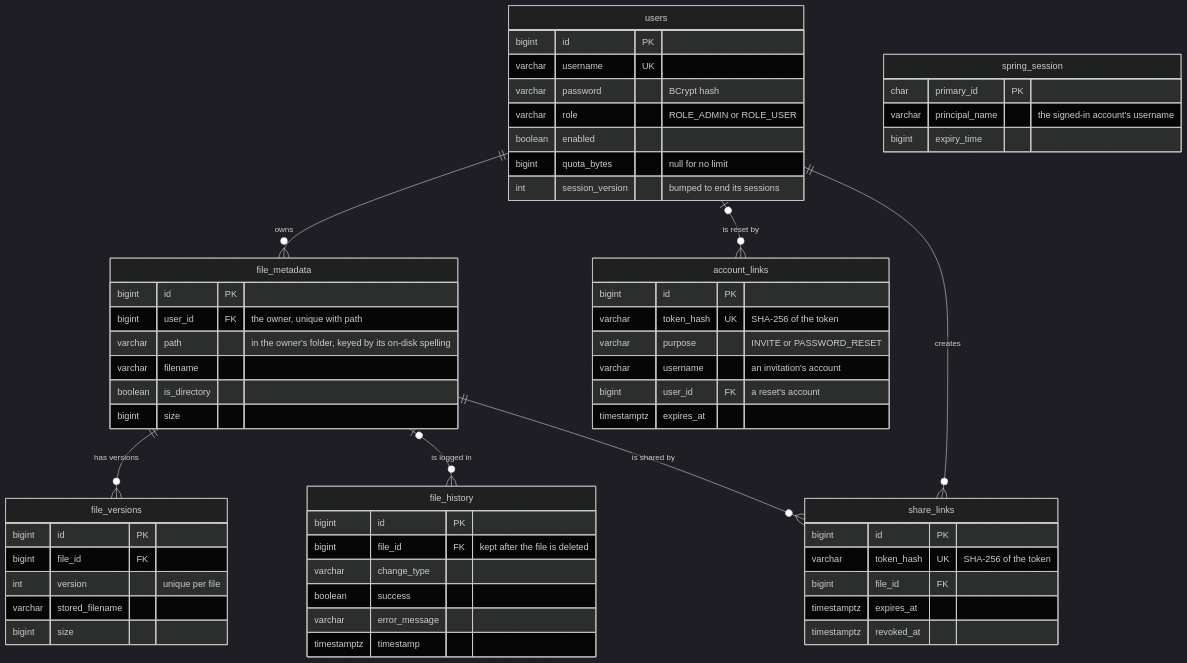
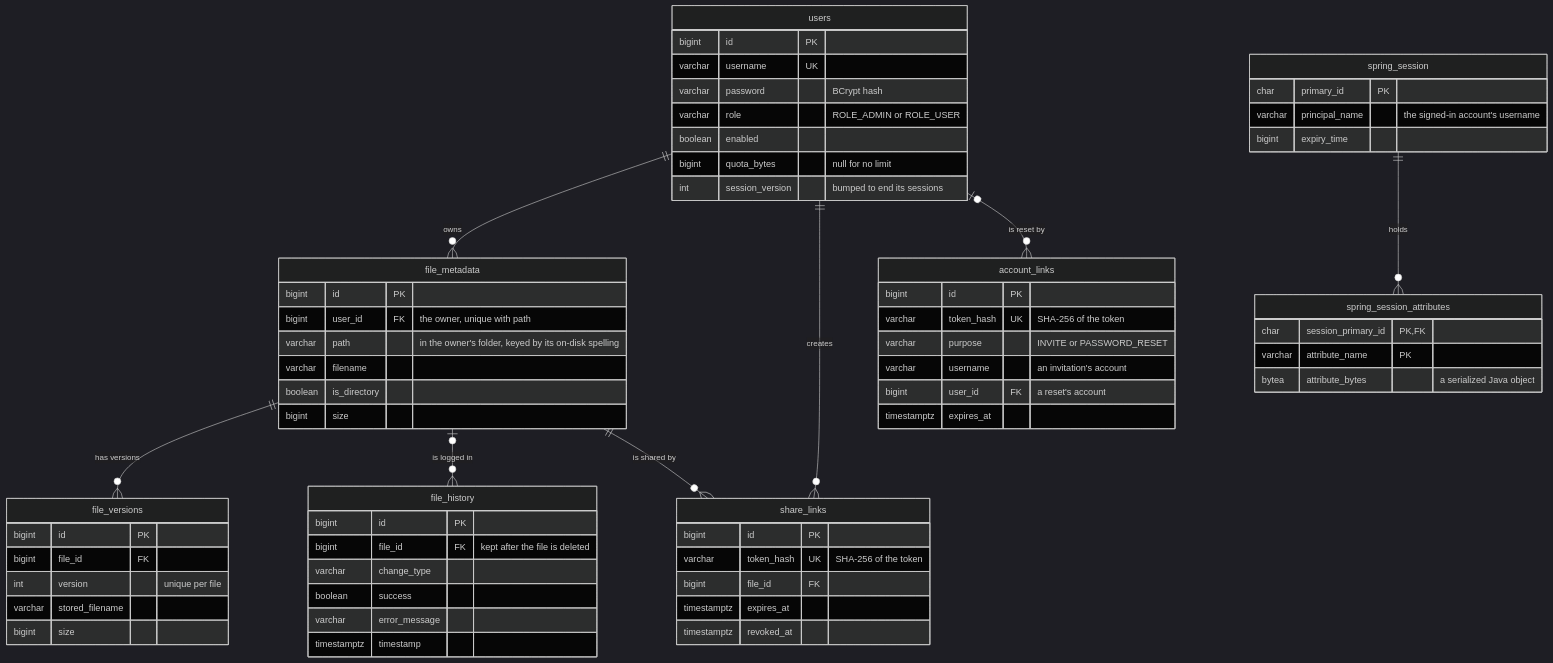
The second of 6 diagrams in README.md (mevcaus/JavaDropbox), drawn with Mermaid (dark theme) before and after one commit. The commit also changed other lines of this file and 9 other files, not shown here.

````diff
--- a/README.md
+++ b/README.md
@@ -94,62 +94,68 @@
 ```mermaid
 erDiagram
     users ||--o{ file_metadata : owns
     file_metadata ||--o{ file_versions : "has versions"
     file_metadata |o--o{ file_history : "is logged in"
     file_metadata ||--o{ share_links : "is shared by"
     users ||--o{ share_links : creates
     users |o--o{ account_links : "is reset by"
 
     users {
         bigint id PK
         varchar username UK
         varchar password "BCrypt hash"
         varchar role "ROLE_ADMIN or ROLE_USER"
         boolean enabled
         bigint quota_bytes "null for no limit"
         int session_version "bumped to end its sessions"
     }
     file_metadata {
         bigint id PK
         bigint user_id FK "the owner, unique with path"
         varchar path "in the owner's folder, keyed by its on-disk spelling"
         varchar filename
         boolean is_directory
         bigint size
     }
     file_versions {
         bigint id PK
         bigint file_id FK
         int version "unique per file"
         varchar stored_filename
         bigint size
     }
     file_history {
         bigint id PK
         bigint file_id FK "kept after the file is deleted"
         varchar change_type
         boolean success
         varchar error_message
         timestamptz timestamp
     }
     share_links {
         bigint id PK
         varchar token_hash UK "SHA-256 of the token"
         bigint file_id FK
         timestamptz expires_at
         timestamptz revoked_at
     }
     account_links {
         bigint id PK
         varchar token_hash UK "SHA-256 of the token"
         varchar purpose "INVITE or PASSWORD_RESET"
         varchar username "an invitation's account"
         bigint user_id FK "a reset's account"
         timestamptz expires_at
     }
+    spring_session ||--o{ spring_session_attributes : holds
     spring_session {
         char primary_id PK
         varchar principal_name "the signed-in account's username"
         bigint expiry_time
     }
+    spring_session_attributes {
+        char session_primary_id PK, FK
+        varchar attribute_name PK
+        bytea attribute_bytes "a serialized Java object"
+    }
 ```
````
